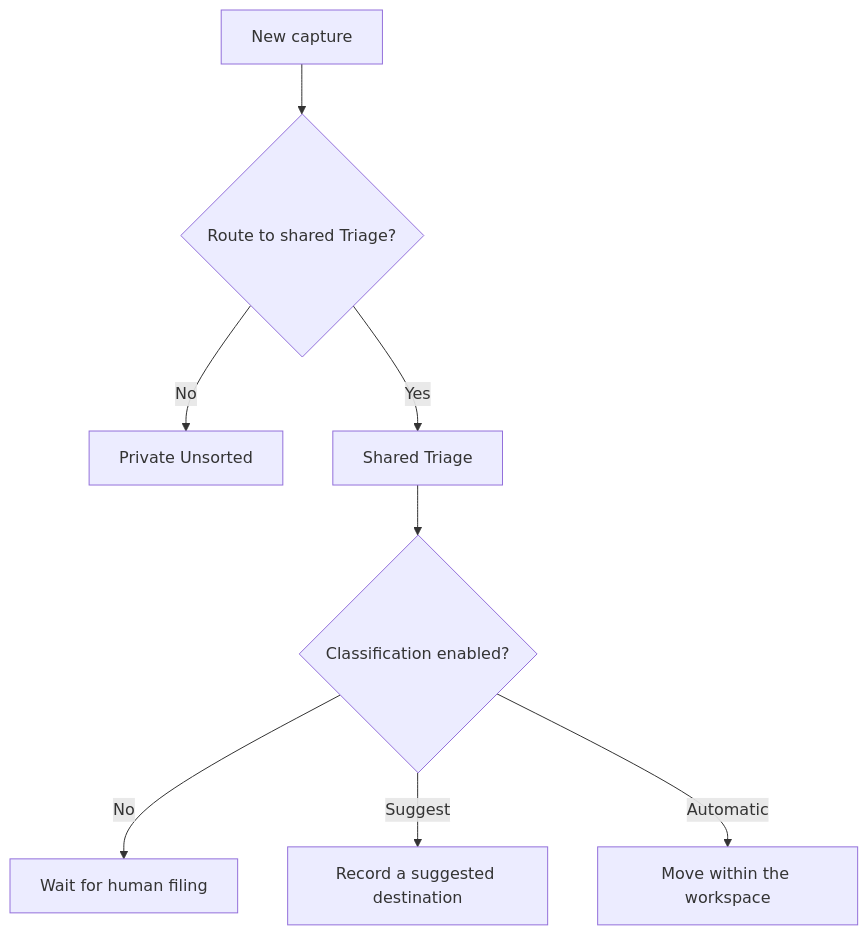
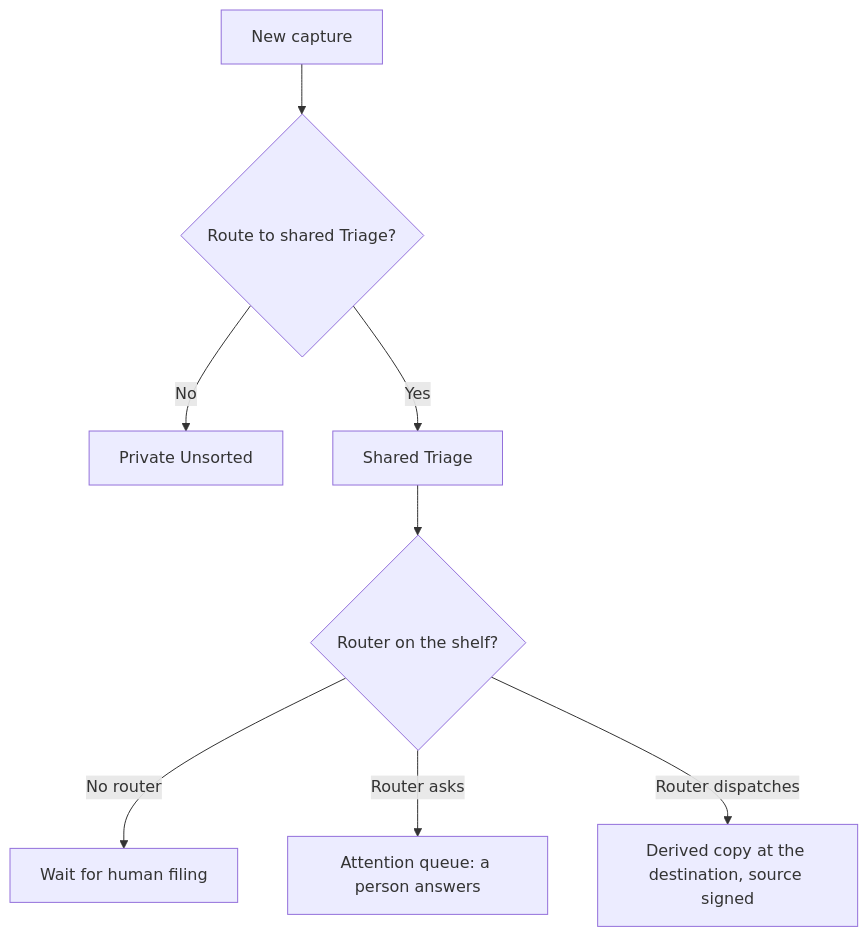
One commit to filetelierb/bowerbirds-public-docs changed the diagram in capture/routing-and-triage.mdx. Above: the diagram before and after it, drawn with Mermaid. The commit also changed other lines of this file and 11 other files, not shown here.

````diff
--- a/capture/routing-and-triage.mdx
+++ b/capture/routing-and-triage.mdx
@@ -21,10 +21,10 @@
 ```mermaid
 flowchart TD
   N[New capture] --> S{Route to shared Triage?}
   S -->|No| U[Private Unsorted]
   S -->|Yes| C[Shared Triage]
-  C --> P{Classification enabled?}
-  P -->|No| W[Wait for human filing]
-  P -->|Suggest| G[Record a suggested destination]
-  P -->|Automatic| M[Move within the workspace]
+  C --> P{Router on the shelf?}
+  P -->|No router| W[Wait for human filing]
+  P -->|Router asks| G[Attention queue: a person answers]
+  P -->|Router dispatches| M[Derived copy at the destination, source signed]
 ```
````
